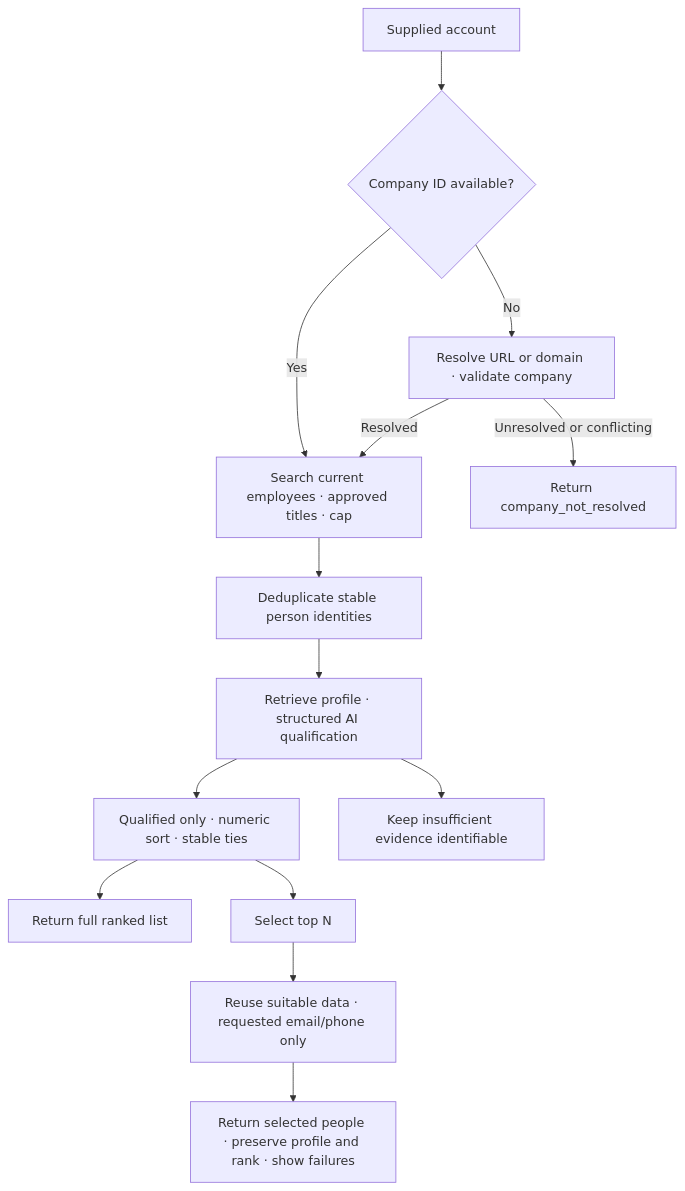
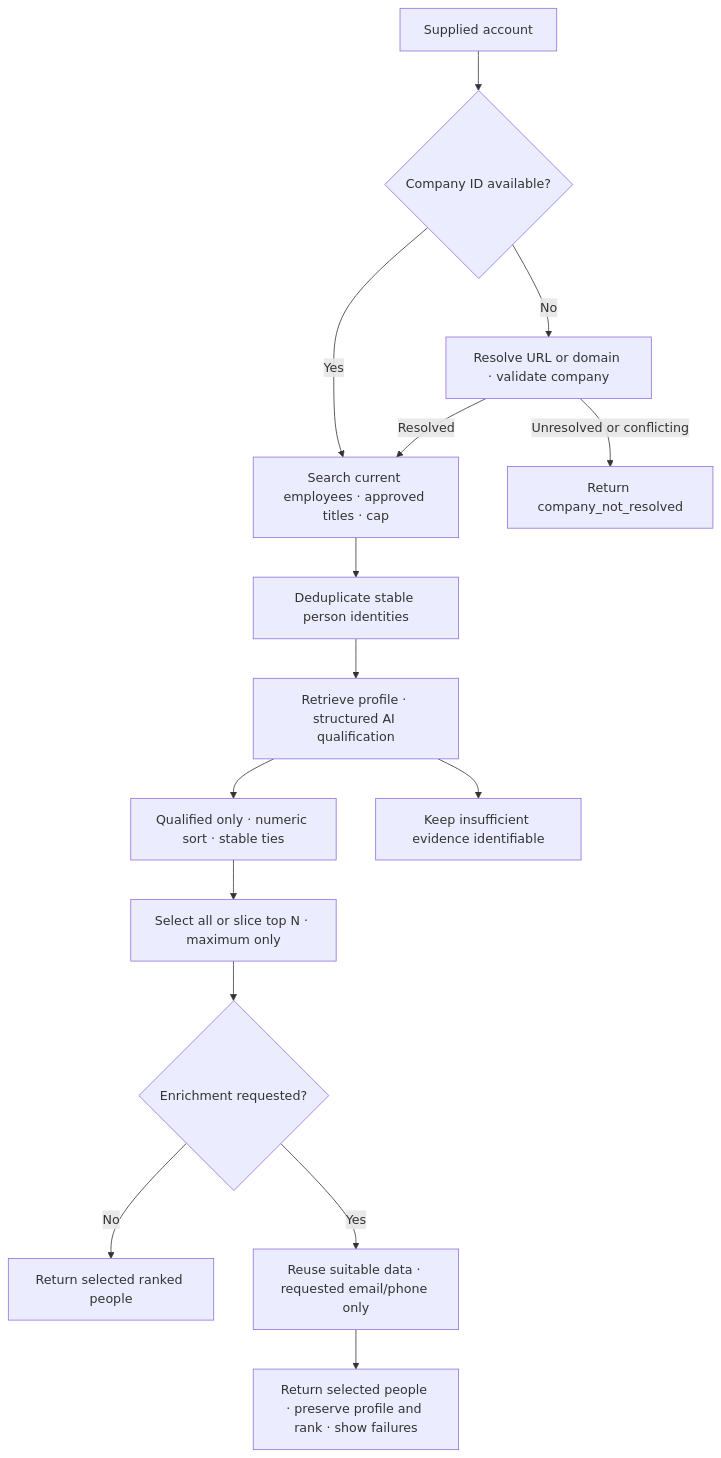
One commit to getcargohq/gtm-skills changed the diagram in contact-sourcing/SKILL.md. Above: the diagram before and after it, drawn with Mermaid. The commit also changed other lines of this file and 8 other files, not shown here.

````diff
--- a/contact-sourcing/SKILL.md
+++ b/contact-sourcing/SKILL.md
@@ -39,16 +39,17 @@
 ```mermaid
 flowchart TD
   input["Supplied account"] --> identity{"Company ID available?"}
   identity -->|Yes| search["Search current employees · approved titles · cap"]
   identity -->|No| resolve["Resolve URL or domain · validate company"]
   resolve -->|Unresolved or conflicting| stop["Return company_not_resolved"]
   resolve -->|Resolved| search
   search --> dedup["Deduplicate stable person identities"]
   dedup --> evidence["Retrieve profile · structured AI qualification"]
   evidence --> rank["Qualified only · numeric sort · stable ties"]
   evidence --> uncertain["Keep insufficient evidence identifiable"]
-  rank --> full["Return full ranked list"]
-  rank --> select["Select top N"]
-  select --> enrich["Reuse suitable data · requested email/phone only"]
+  rank --> select["Select all or slice top N · maximum only"]
+  select --> requested{"Enrichment requested?"}
+  requested -->|No| full["Return selected ranked people"]
+  requested -->|Yes| enrich["Reuse suitable data · requested email/phone only"]
   enrich --> result["Return selected people · preserve profile and rank · show failures"]
 ```
````
